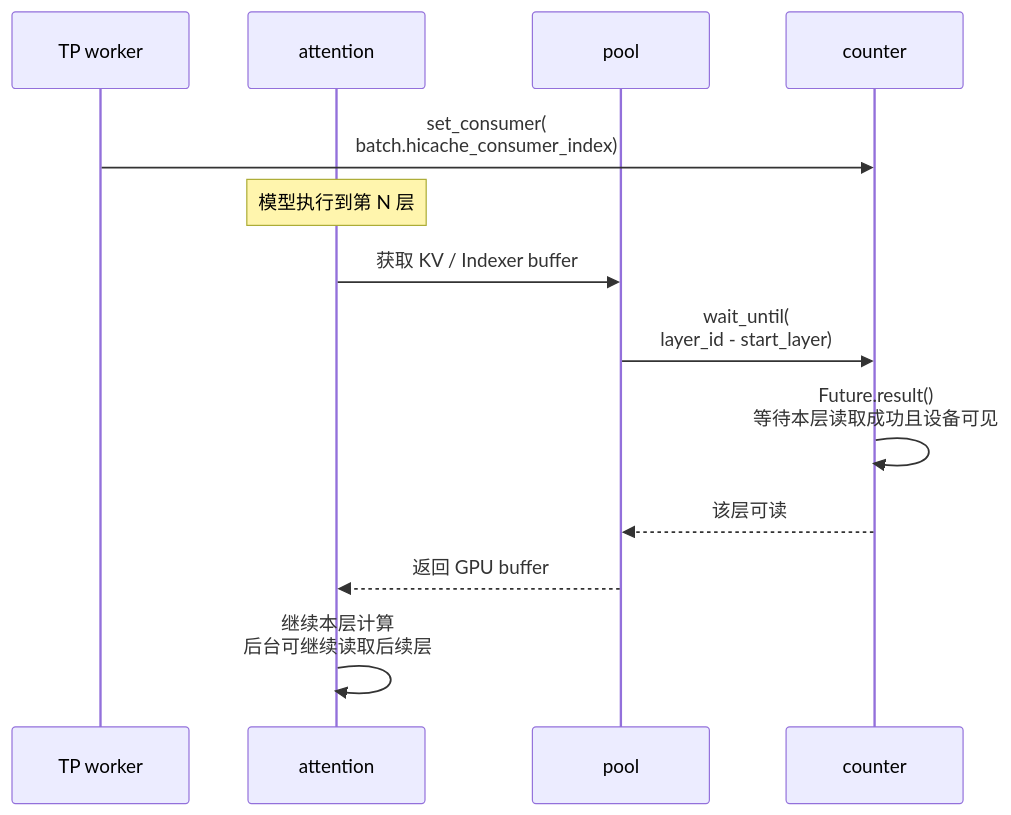
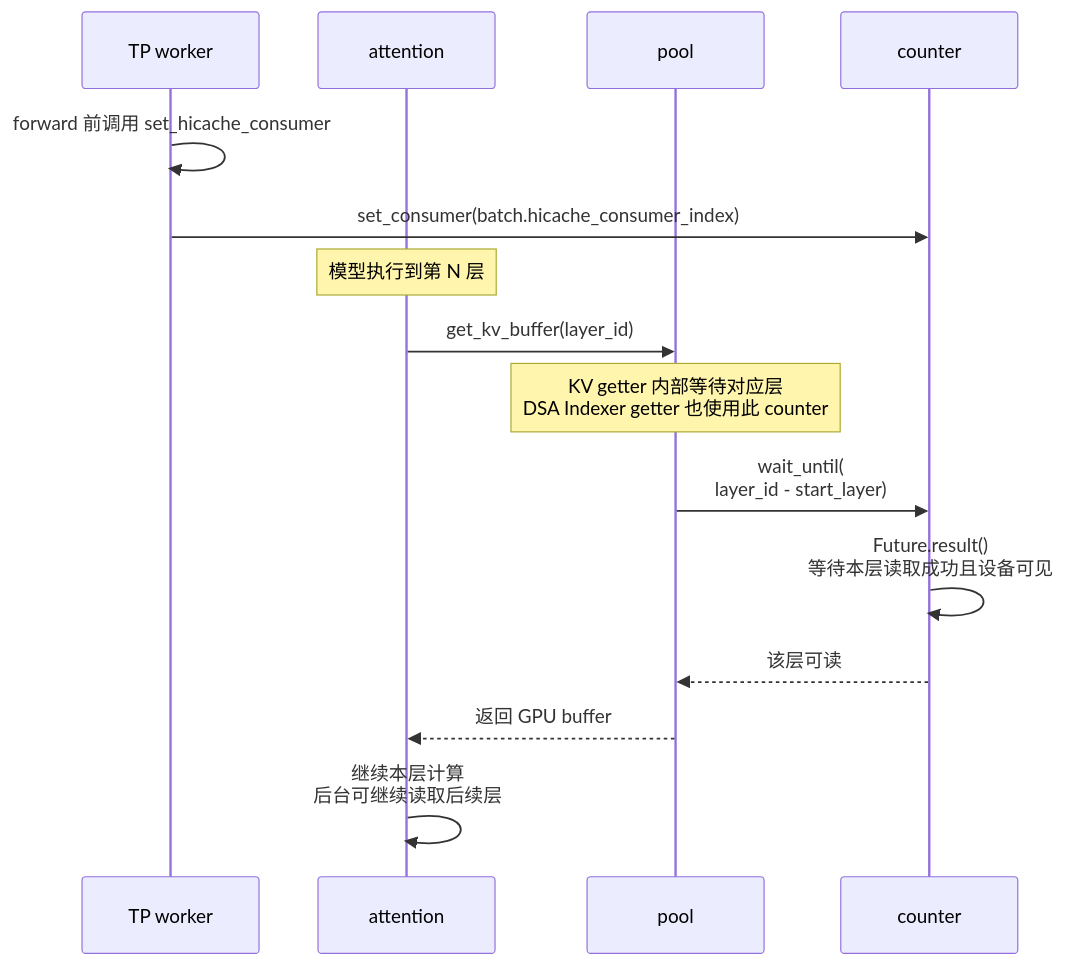
One commit to yuanzhg078/sglang changed diagram 18 of 26 in kv_client_linker_backend_design.md. Above: the diagram before and after it, drawn with Mermaid. The commit also changed other lines of this file and 11 other files, not shown here.

Commit message:
Add KvClient linker and DSA layer split design

````diff
--- a/kv_client_linker_backend_design.md
+++ b/kv_client_linker_backend_design.md
@@ -1066,15 +1104,17 @@
 ```mermaid
 sequenceDiagram
     participant T as TP worker
     participant M as attention
     participant P as pool
     participant K as counter
-    T->>K: set_consumer(<br/>batch.hicache_consumer_index)
+    T->>T: forward 前调用 set_hicache_consumer
+    T->>K: set_consumer(batch.hicache_consumer_index)
     Note over M: 模型执行到第 N 层
-    M->>P: 获取 KV / Indexer buffer
+    M->>P: get_kv_buffer(layer_id)
+    Note over P: KV getter 内部等待对应层<br/>DSA Indexer getter 也使用此 counter
     P->>K: wait_until(<br/>layer_id - start_layer)
     K->>K: Future.result()<br/>等待本层读取成功且设备可见
     K-->>P: 该层可读
     P-->>M: 返回 GPU buffer
     M->>M: 继续本层计算<br/>后台可继续读取后续层
 ```
````
